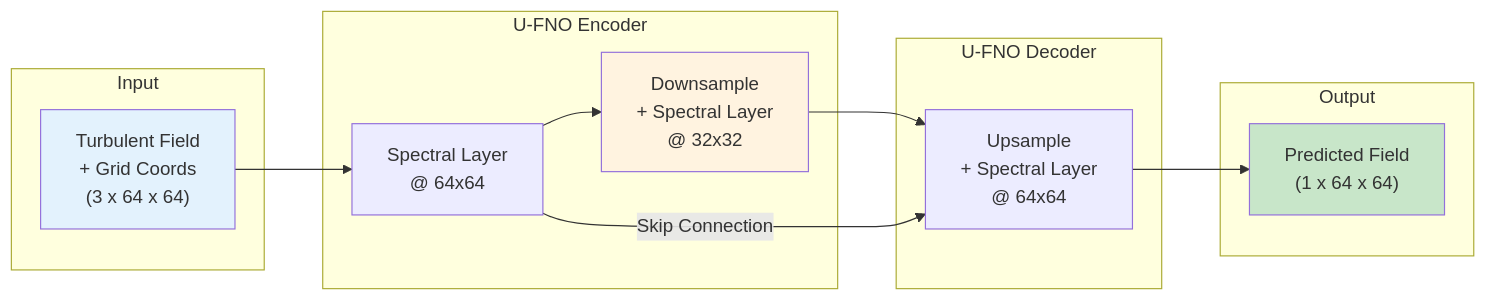
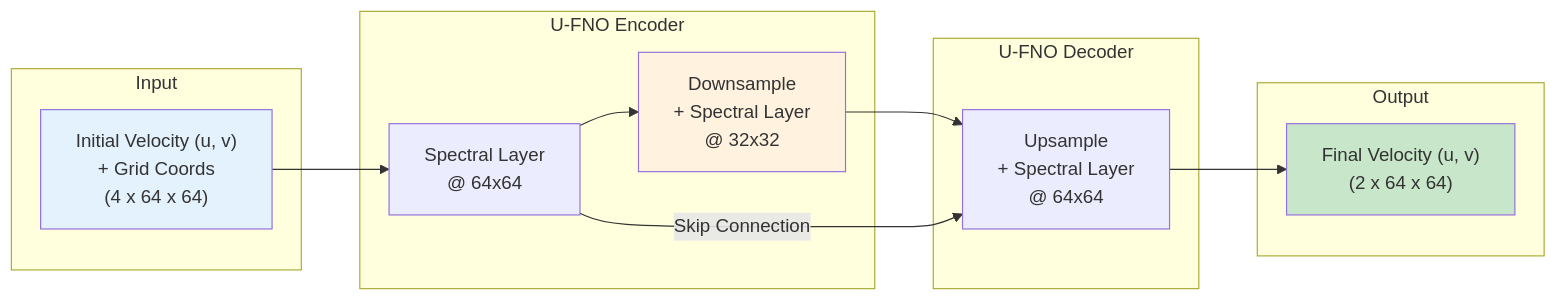
Before and after one commit to avitai/opifex: the diagram in docs/examples/neural-operators/ufno-turbulence.md, drawn with Mermaid. The commit also changed other lines of this file and 92 other files, not shown here.

````diff
--- a/docs/examples/neural-operators/ufno-turbulence.md
+++ b/docs/examples/neural-operators/ufno-turbulence.md
@@ -83,26 +86,26 @@
 ```mermaid
 graph LR
     subgraph Input
-        A["Turbulent Field<br/>+ Grid Coords<br/>(3 x 64 x 64)"]
+        A["Initial Velocity (u, v)<br/>+ Grid Coords<br/>(4 x 64 x 64)"]
     end
 
     subgraph Encoder["U-FNO Encoder"]
         B["Spectral Layer<br/>@ 64x64"]
         C["Downsample<br/>+ Spectral Layer<br/>@ 32x32"]
     end
 
     subgraph Decoder["U-FNO Decoder"]
         D["Upsample<br/>+ Spectral Layer<br/>@ 64x64"]
     end
 
     subgraph Output
-        E["Predicted Field<br/>(1 x 64 x 64)"]
+        E["Final Velocity (u, v)<br/>(2 x 64 x 64)"]
     end
 
     A --> B --> C --> D --> E
     B -->|"Skip Connection"| D
 
     style A fill:#e3f2fd
     style E fill:#c8e6c9
     style C fill:#fff3e0
 ```
````
